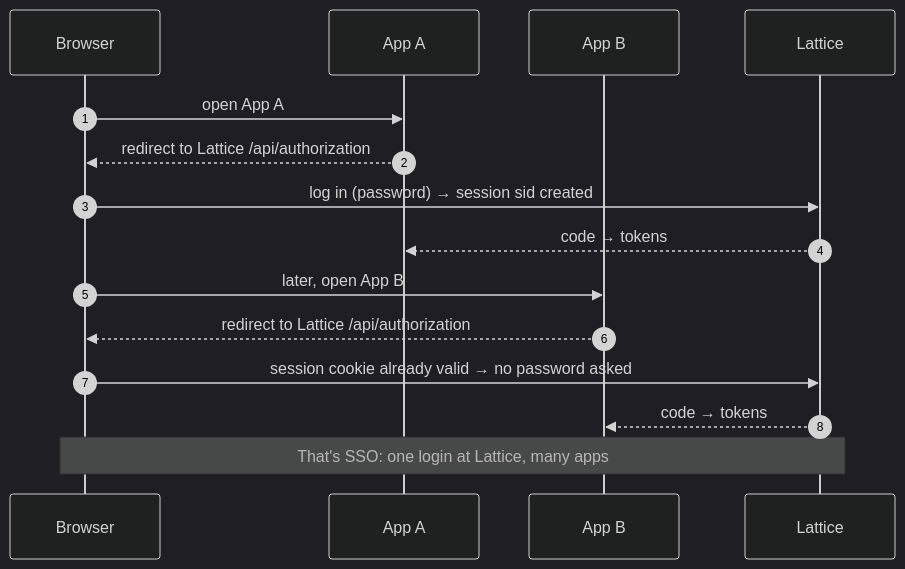
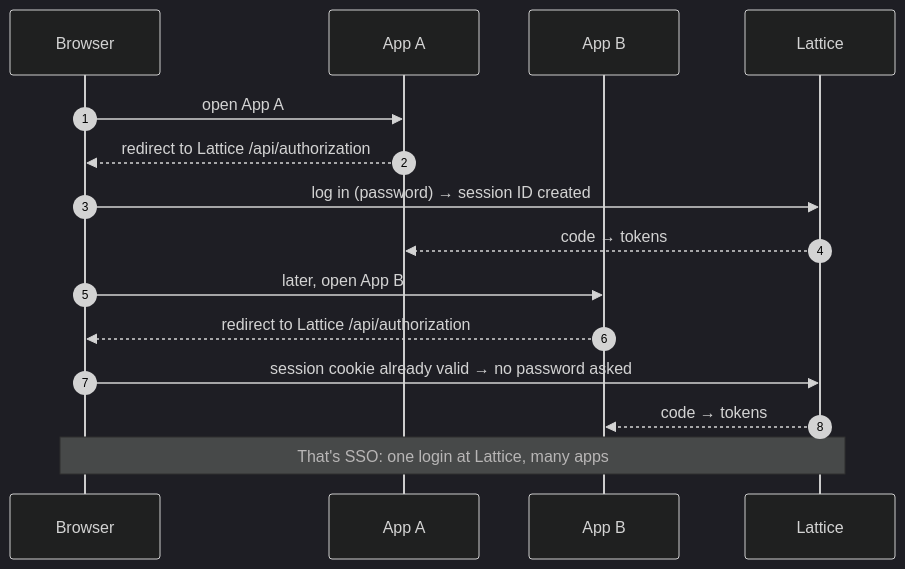
The ninth of 11 diagrams in README.md (reynaldjoabet/lattice-oidc), drawn with Mermaid (dark theme) before and after one commit. The commit also changed other lines of this file and 44 other files, not shown here.

First line of the commit message:
Use full names instead of abbreviations (sid → sessionId and others)

````diff
--- a/README.md
+++ b/README.md
@@ -274,18 +274,18 @@
 ```mermaid
 sequenceDiagram
     autonumber
     participant U as Browser
     participant A as App A
     participant B as App B
     participant L as Lattice
 
     U->>A: open App A
     A-->>U: redirect to Lattice /api/authorization
-    U->>L: log in (password) → session sid created
+    U->>L: log in (password) → session ID created
     L-->>A: code → tokens
     U->>B: later, open App B
     B-->>U: redirect to Lattice /api/authorization
     U->>L: session cookie already valid → no password asked
     L-->>B: code → tokens
     Note over U,L: That's SSO: one login at Lattice, many apps
 ```
````
